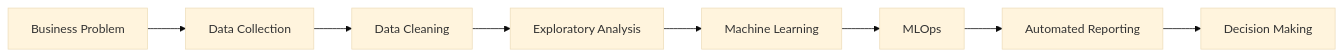
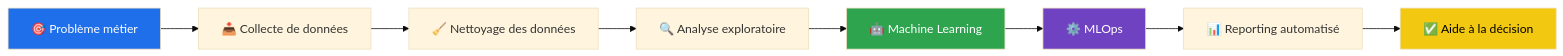
Before and after one commit to bileisaac/bileisaac: the first of 4 diagrams in README.md, drawn with Mermaid (base theme). The commit also changed other lines of this file, not shown here.

````diff
--- a/README.md
+++ b/README.md
@@ -35,19 +40,15 @@
 ```mermaid
 flowchart LR
-A[Business Problem]
-B[Data Collection]
-C[Data Cleaning]
-D[Exploratory Analysis]
-E[Machine Learning]
-F[MLOps]
-G[Automated Reporting]
-H[Decision Making]
+    A[🎯 Problème métier] --> B[📥 Collecte de données]
+    B --> C[🧹 Nettoyage des données]
+    C --> D[🔍 Analyse exploratoire]
+    D --> E[🤖 Machine Learning]
+    E --> F[⚙️ MLOps]
+    F --> G[📊 Reporting automatisé]
+    G --> H[✅ Aide à la décision]
 
-A --> B
-B --> C
-C --> D
-D --> E
-E --> F
-F --> G
-G --> H
+    style A fill:#1f6feb,color:#fff
+    style E fill:#2ea44f,color:#fff
+    style F fill:#6f42c1,color:#fff
+    style H fill:#f2c811,color:#000
 ```
````
